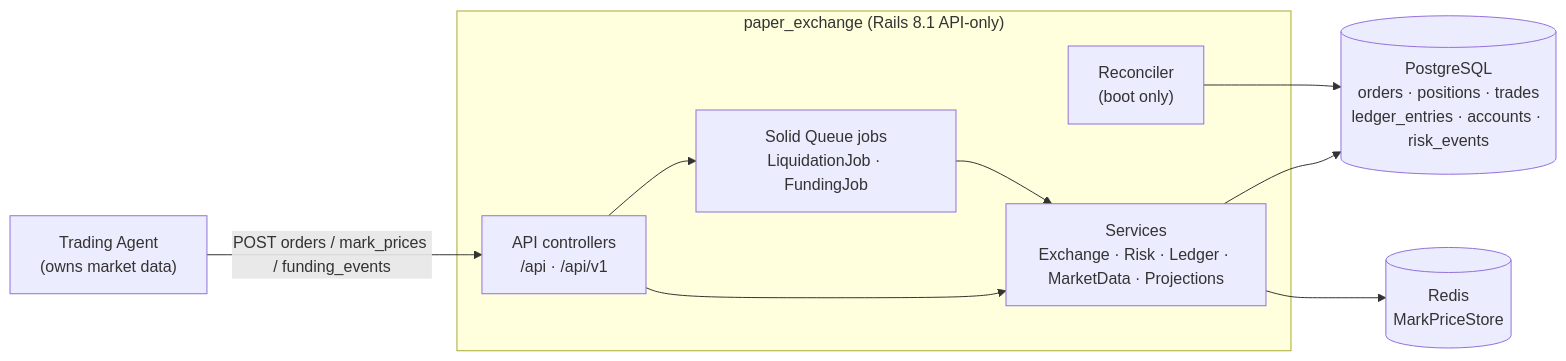
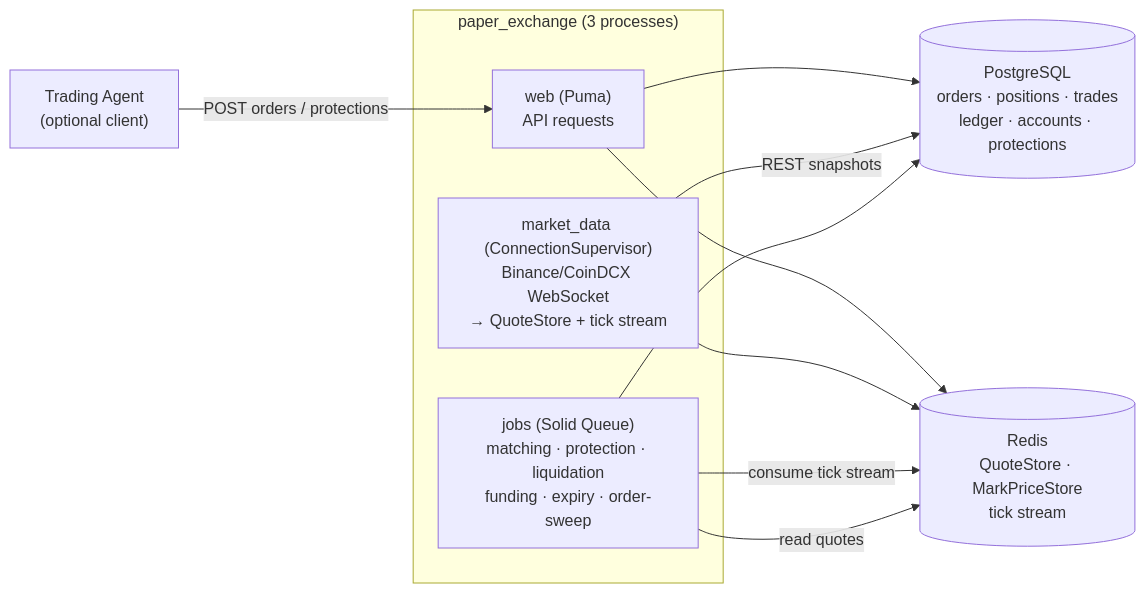
The first of 4 diagrams in architecture.md (shubhamtaywade82/paper_exchange), drawn with Mermaid before and after one commit. The commit also changed other lines of this file and 5 other files, not shown here.

First line of the commit message:
docs: update all docs to reflect the autonomous exchange architecture

````diff
--- a/architecture.md
+++ b/architecture.md
@@ -105,20 +132,20 @@
 ```mermaid
 flowchart LR
-    AG["Trading Agent<br/>(owns market data)"]
-    subgraph PX["paper_exchange (Rails 8.1 API-only)"]
-        API["API controllers<br/>/api · /api/v1"]
-        SVC["Services<br/>Exchange · Risk · Ledger · MarketData · Projections"]
-        JOBS["Solid Queue jobs<br/>LiquidationJob · FundingJob"]
-        RECON["Reconciler<br/>(boot only)"]
+    AG["Trading Agent<br/>(optional client)"]
+    subgraph PX["paper_exchange (3 processes)"]
+        WEB["web (Puma)<br/>API requests"]
+        JOBS["jobs (Solid Queue)<br/>matching · protection · liquidation<br/>funding · expiry · order-sweep"]
+        MD["market_data (ConnectionSupervisor)<br/>Binance/CoinDCX WebSocket<br/>→ QuoteStore + tick stream"]
     end
-    PG[("PostgreSQL<br/>orders · positions · trades<br/>ledger_entries · accounts · risk_events")]
-    RD[("Redis<br/>MarkPriceStore")]
+    PG[("PostgreSQL<br/>orders · positions · trades<br/>ledger · accounts · protections")]
+    RD[("Redis<br/>QuoteStore · MarkPriceStore<br/>tick stream")]
 
-    AG -->|"POST orders / mark_prices / funding_events"| API
-    API --> SVC
-    API --> JOBS
-    JOBS --> SVC
-    SVC --> PG
-    SVC --> RD
-    RECON --> PG
+    AG -->|"POST orders / protections"| WEB
+    WEB --> PG
+    WEB --> RD
+    MD --> RD
+    MD -->|"REST snapshots"| PG
+    JOBS --> PG
+    JOBS -->|"consume tick stream"| RD
+    JOBS -->|"read quotes"| RD
 ```
````
